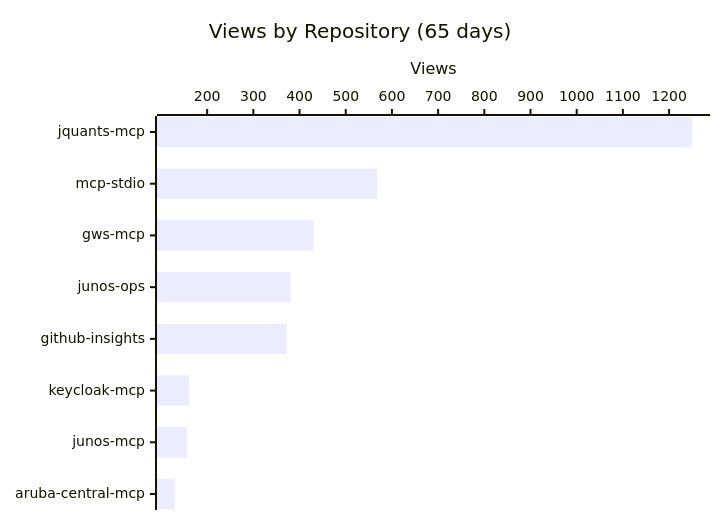
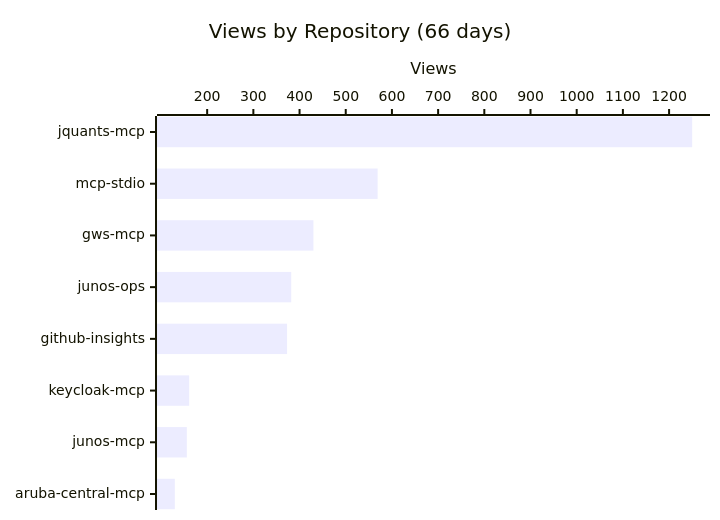
One commit to shigechika/github-insights changed the first of 3 diagrams in README.md. Above: the diagram before and after it, drawn with Mermaid. The commit also changed other lines of this file and 2 other files, not shown here.

````diff
--- a/README.md
+++ b/README.md
@@ -18,7 +18,7 @@
 ```mermaid
 xychart-beta horizontal
-    title "Views by Repository (65 days)"
+    title "Views by Repository (66 days)"
     x-axis ["jquants-mcp", "mcp-stdio", "gws-mcp", "junos-ops", "github-insights", "keycloak-mcp", "junos-mcp", "aruba-central-mcp"]
     y-axis "Views"
-    bar [1250, 568, 430, 381, 372, 161, 156, 130]
+    bar [1250, 569, 430, 382, 373, 161, 156, 130]
 ```
````
